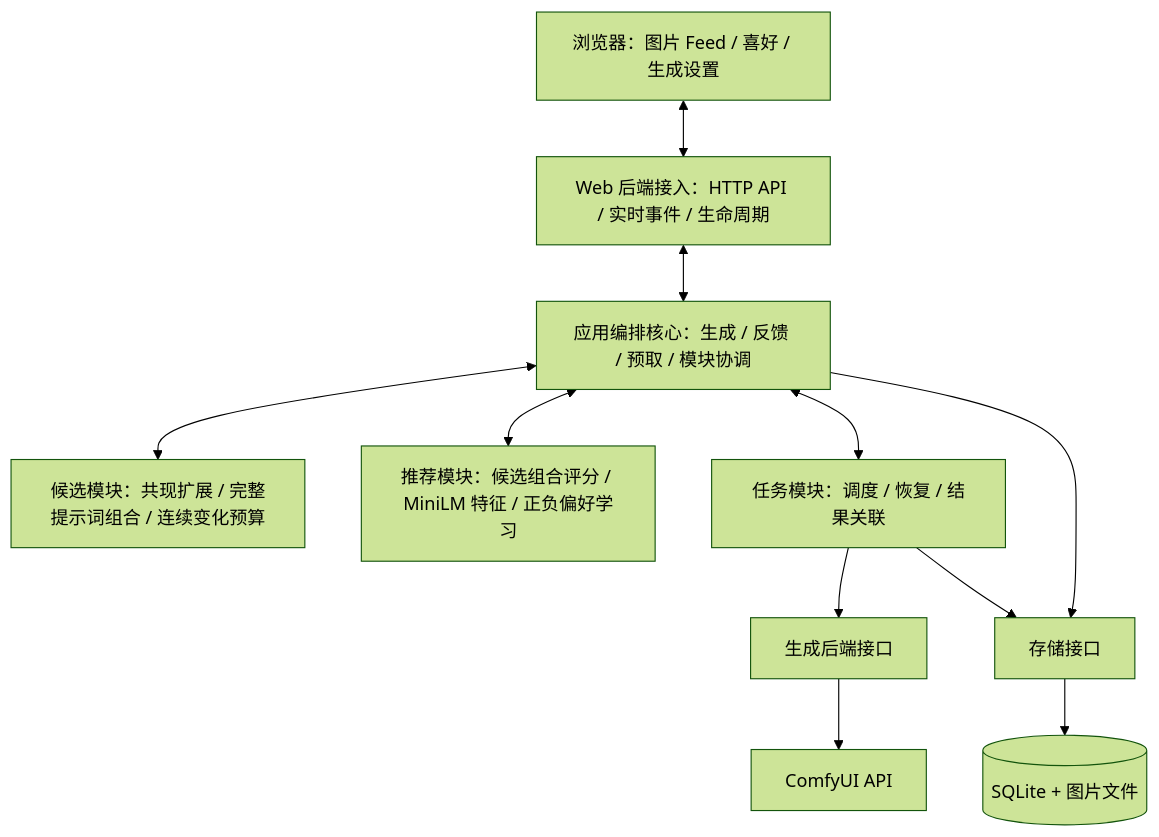
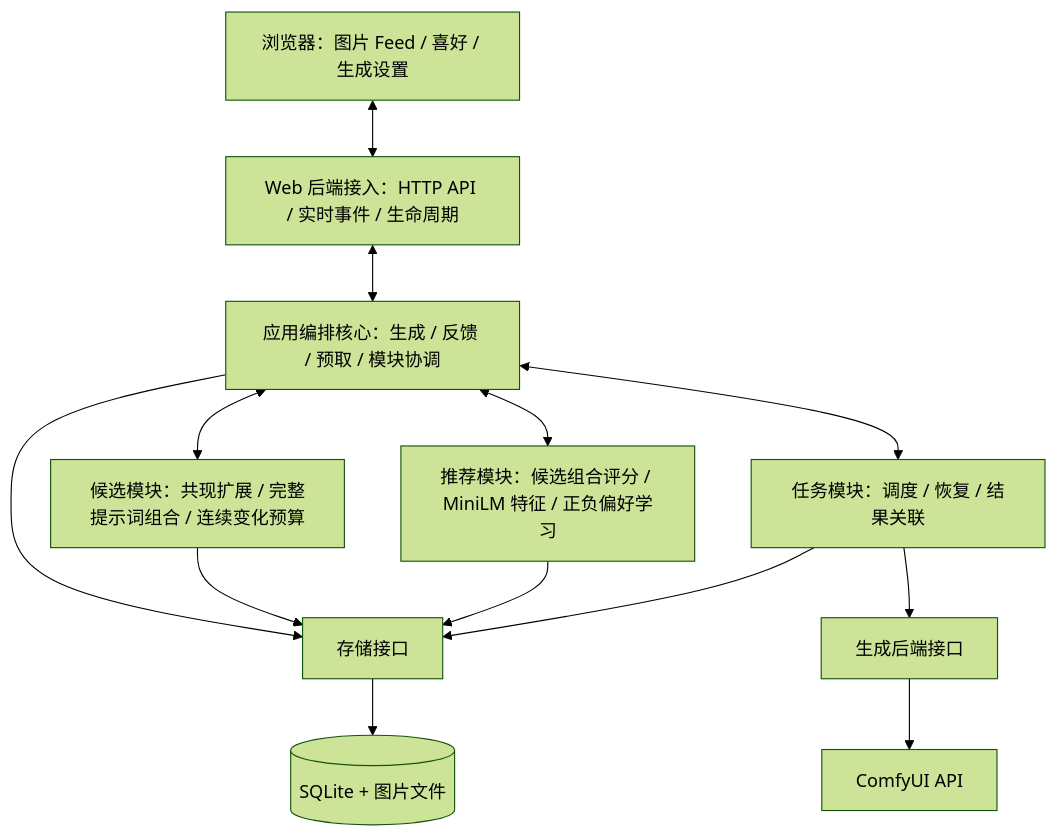
Before and after one commit to Lykr/pictide: the diagram in docs/architecture.md, drawn with Mermaid (forest theme). The commit also changed other lines of this file and 33 other files, not shown here.

````diff
--- a/docs/architecture.md
+++ b/docs/architecture.md
@@ -9,24 +11,26 @@
 ```mermaid
 flowchart TD
     UI["浏览器：图片 Feed / 喜好 / 生成设置"]
     Host["Web 后端接入：HTTP API / 实时事件 / 生命周期"]
     App["应用编排核心：生成 / 反馈 / 预取 / 模块协调"]
     Rules["候选模块：共现扩展 / 完整提示词组合 / 连续变化预算"]
     Rec["推荐模块：候选组合评分 / MiniLM 特征 / 正负偏好学习"]
     Jobs["任务模块：调度 / 恢复 / 结果关联"]
     Backend["生成后端接口"]
     Comfy["ComfyUI API"]
     Store["存储接口"]
     DB[("SQLite + 图片文件")]
 
     UI <--> Host
     Host <--> App
     App <--> Rules
     App <--> Rec
     App <--> Jobs
     Jobs --> Backend
     Backend --> Comfy
     App --> Store
+    Rules --> Store
+    Rec --> Store
     Jobs --> Store
     Store --> DB
 ```
````
